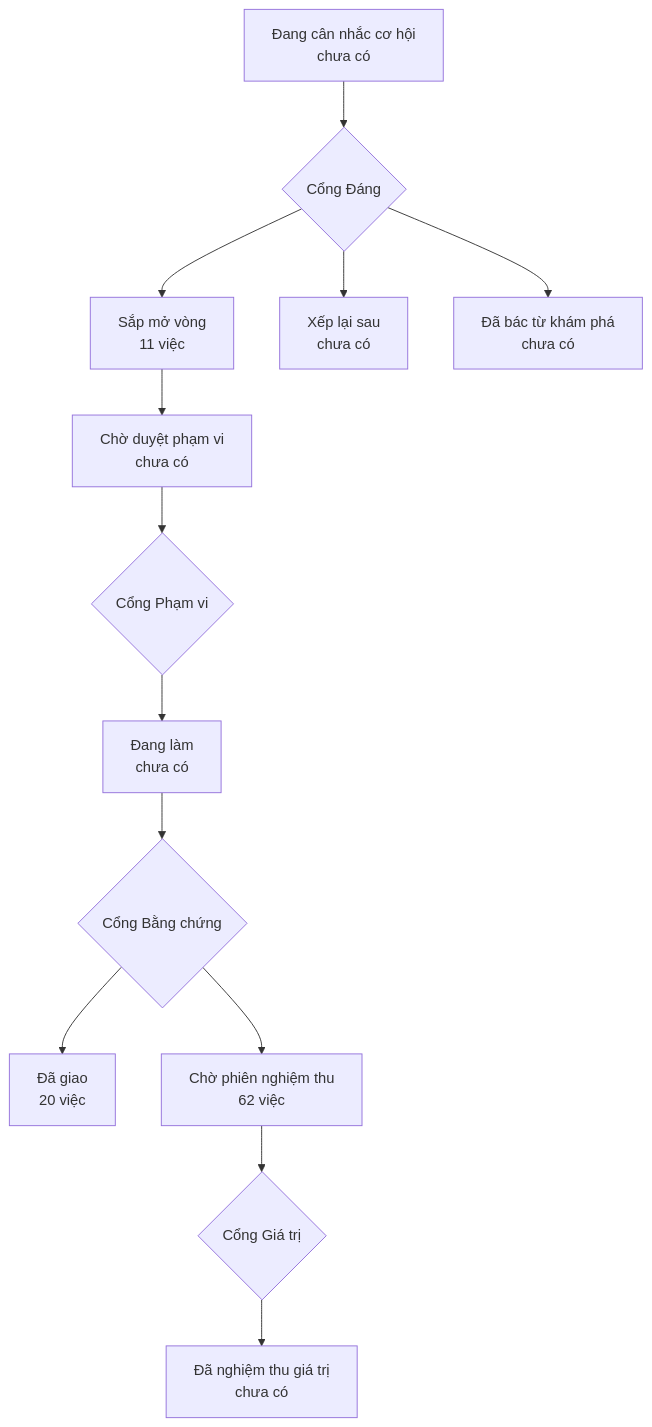
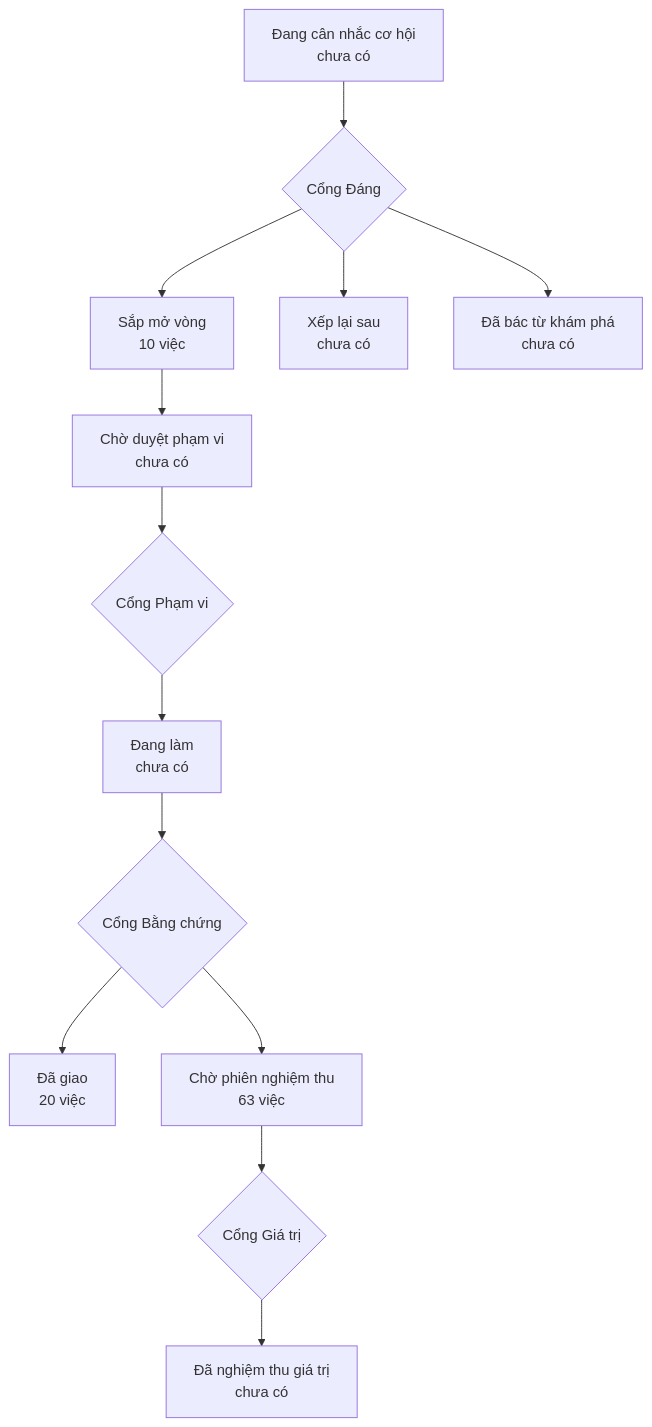
One commit to phanlemanh/onehub-quy-hang changed the diagram in PRODUCT-MAP.md. Above: the diagram before and after it, drawn with Mermaid. The commit also changed 1 other file, not shown here.

Commit message:
chore: vẽ lại bản đồ sản phẩm và lộ trình sau gộp main

````diff
--- a/PRODUCT-MAP.md
+++ b/PRODUCT-MAP.md
@@ -7,12 +7,12 @@
 ```mermaid
 flowchart TD
   A["Đang cân nhắc cơ hội<br/>chưa có"] --> GD{"Cổng Đáng"}
-  GD --> B["Sắp mở vòng<br/>11 việc"]
+  GD --> B["Sắp mở vòng<br/>10 việc"]
   GD --> XL["Xếp lại sau<br/>chưa có"]
   GD --> DB["Đã bác từ khám phá<br/>chưa có"]
   B --> CD["Chờ duyệt phạm vi<br/>chưa có"] --> GP{"Cổng Phạm vi"}
   GP --> DL["Đang làm<br/>chưa có"] --> GB{"Cổng Bằng chứng"}
   GB --> DG["Đã giao<br/>20 việc"]
-  GB --> CN["Chờ phiên nghiệm thu<br/>62 việc"] --> GG{"Cổng Giá trị"}
+  GB --> CN["Chờ phiên nghiệm thu<br/>63 việc"] --> GG{"Cổng Giá trị"}
   GG --> NT["Đã nghiệm thu giá trị<br/>chưa có"]
 ```
````
